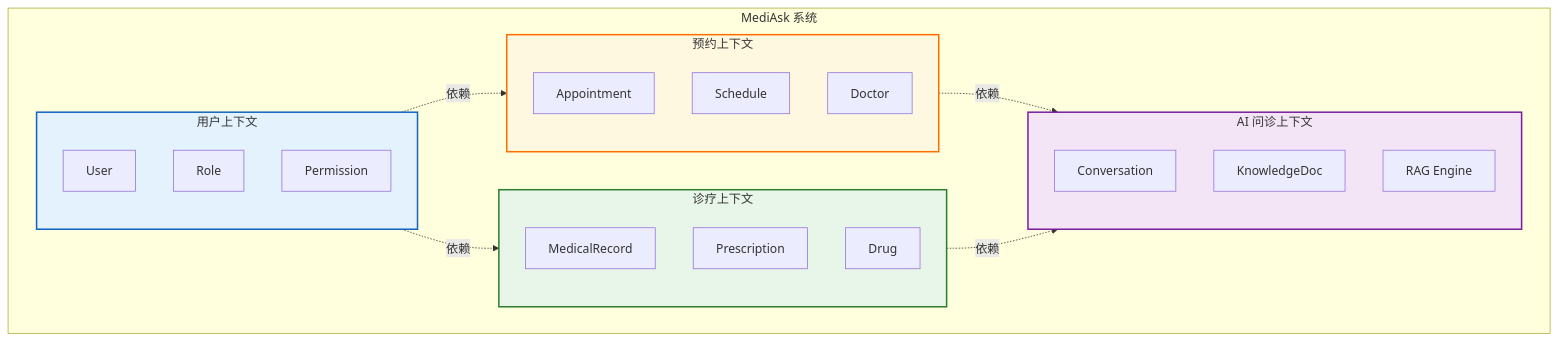
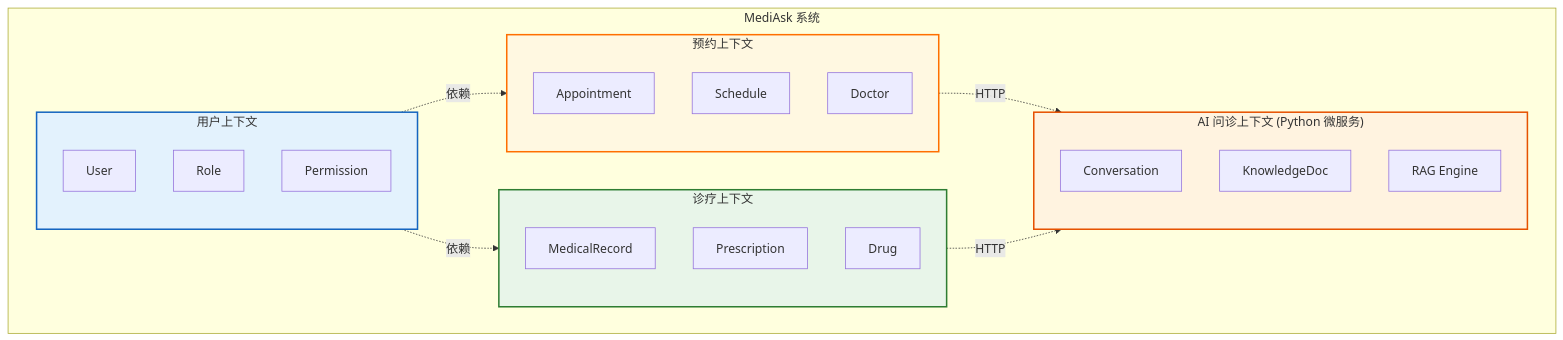
Before and after one commit to JianwenShaw/MediAskDocs: the first of 2 diagrams in docs/06-DDD_DESIGN.md, drawn with Mermaid. The commit also changed other lines of this file and 4 other files, not shown here.

Commit message:
docs: update architecture and project plan to include AI microservices and technology stack

````diff
--- a/docs/06-DDD_DESIGN.md
+++ b/docs/06-DDD_DESIGN.md
@@ -46,38 +46,38 @@
 ```mermaid
 graph TB
     subgraph MediAsk["MediAsk 系统"]
         subgraph UserContext["用户上下文"]
             User[User]
             Role[Role]
             Permission[Permission]
         end
         
         subgraph ApptContext["预约上下文"]
             Appointment[Appointment]
             Schedule[Schedule]
             Doctor[Doctor]
         end
         
         subgraph MedicalContext["诊疗上下文"]
             MedicalRec[MedicalRecord]
             Prescription[Prescription]
             Drug[Drug]
         end
         
-        subgraph AIContext["AI 问诊上下文"]
+        subgraph AIContext["AI 问诊上下文 (Python 微服务)"]
             Conversation[Conversation]
             KnowledgeDoc[KnowledgeDoc]
             RAG[RAG Engine]
         end
         
         UserContext -.依赖.-> ApptContext
         UserContext -.依赖.-> MedicalContext
-        ApptContext -.依赖.-> AIContext
-        MedicalContext -.依赖.-> AIContext
+        ApptContext -.HTTP.-> AIContext
+        MedicalContext -.HTTP.-> AIContext
     end
     
     style UserContext fill:#e3f2fd,stroke:#1565c0,stroke-width:2px
     style ApptContext fill:#fff8e1,stroke:#ff6f00,stroke-width:2px
     style MedicalContext fill:#e8f5e9,stroke:#2e7d32,stroke-width:2px
-    style AIContext fill:#f3e5f5,stroke:#7b1fa2,stroke-width:2px
+    style AIContext fill:#fff3e0,stroke:#e65100,stroke-width:2px
 ```
````
